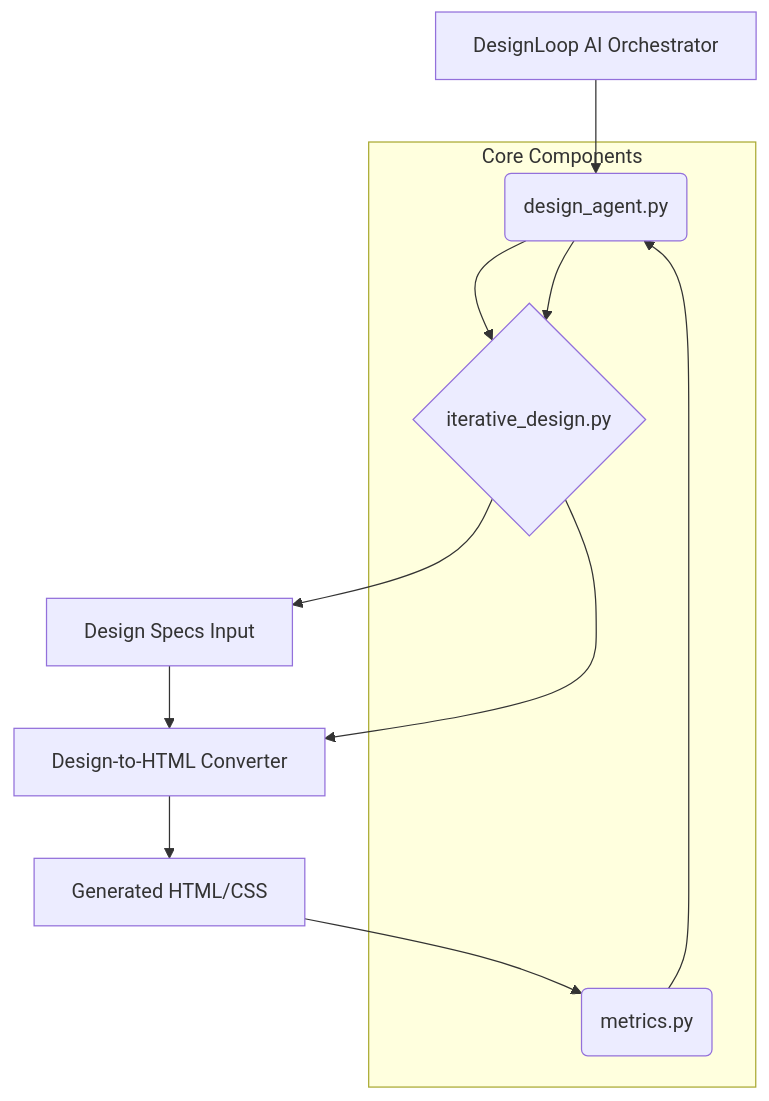
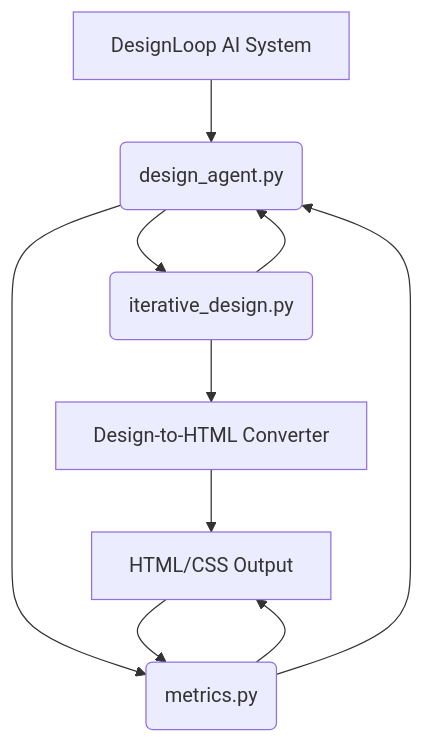
The diagram in docs/architecture.md (Lumi-node/design-loop-ai), drawn with Mermaid before and after one commit. The commit also changed other lines of this file and 13 other files, not shown here.

````diff
--- a/docs/architecture.md
+++ b/docs/architecture.md
@@ -13,17 +9,12 @@
 ```mermaid
 graph TD
-    A[DesignLoop AI Orchestrator] --> B(design_agent.py);
-    B --> C{iterative_design.py};
-    C --> D[Design-to-HTML Converter];
-    D --> E[Generated HTML/CSS];
-    E --> F(metrics.py);
-    F --> B;
-    B --> C;
-    C --> G[Design Specs Input];
-    G --> D;
-    subgraph Core Components
-        B
-        C
-        F
-    end
+    A[DesignLoop AI System] --> B(design_agent.py);
+    B --> C(iterative_design.py);
+    B --> D(metrics.py);
+    C --> E[Design-to-HTML Converter];
+    D --> F[HTML/CSS Output];
+    E --> F;
+    F --> D;
+    D --> B;
+    C --> B;
 ```
````
